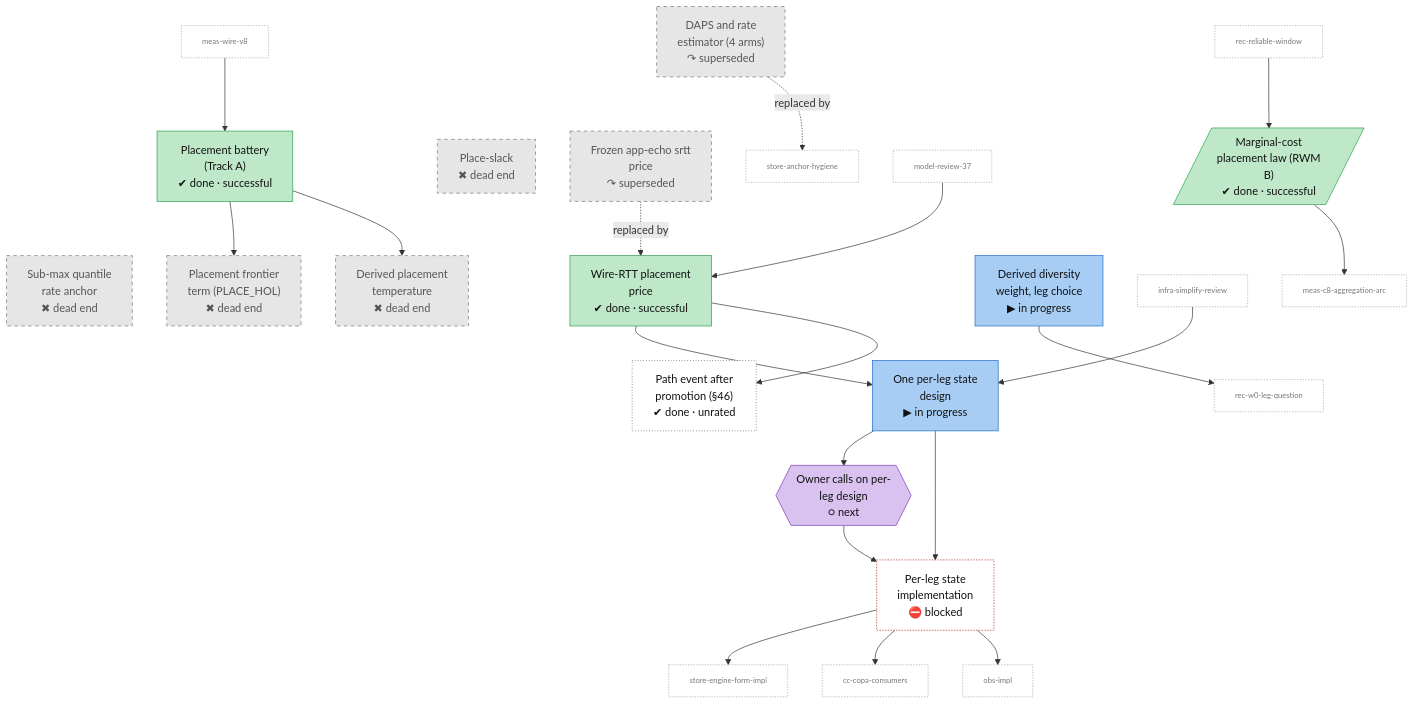
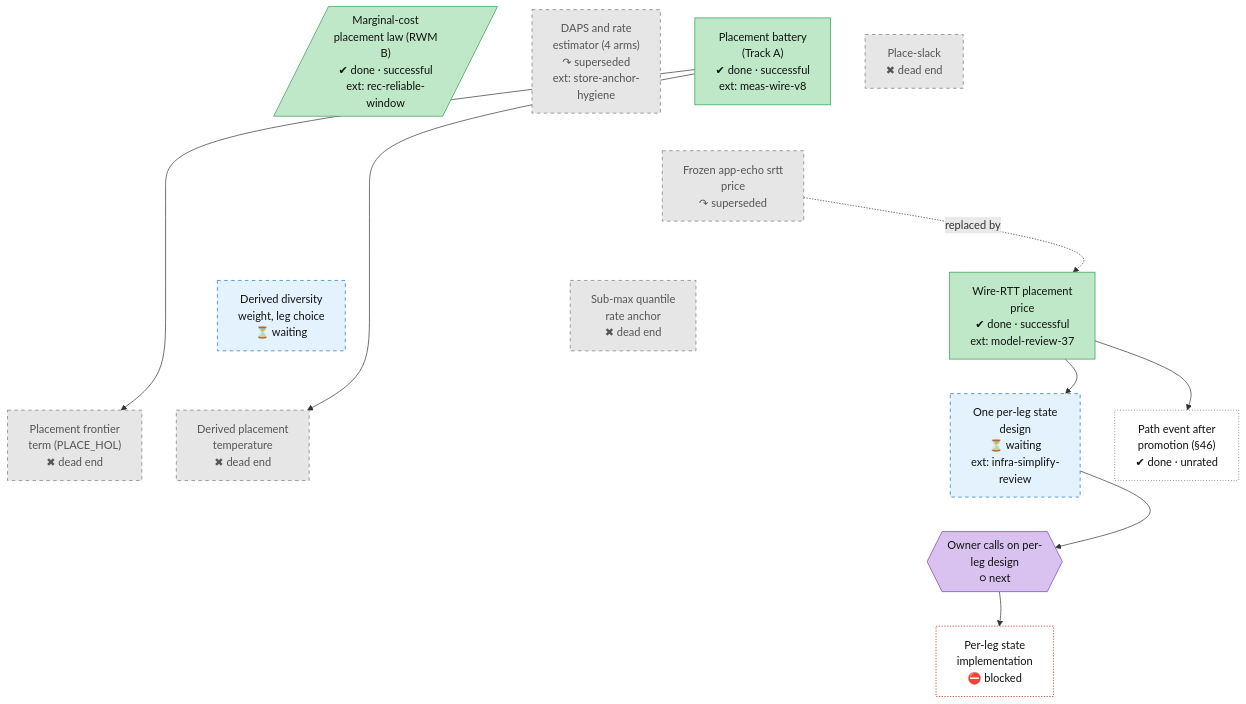
One commit to lhns/raptorpath changed the eighth of 14 diagrams in docs/roadmap.md. Above: the diagram before and after it, drawn with Mermaid. The commit also changed other lines of this file and 1 other file, not shown here.

Commit message:
roadmap: 228 nodes - law-ledger fix order folded in, waiting vs running, owner-request coverage, dates from merges; regenerated on the portrait layout

````diff
--- a/docs/roadmap.md
+++ b/docs/roadmap.md
@@ -1013,69 +1255,80 @@
 ```mermaid
 flowchart TB
-    place_marginal_cost[/"Marginal-cost<br/>placement law (RWM<br/>B)<br/>✔ done · successful"/]
-    place_daps["DAPS and rate<br/>estimator (4 arms)<br/>↷ superseded"]
+    place_marginal_cost[/"Marginal-cost<br/>placement law (RWM<br/>B)<br/>✔ done · successful<br/>ext: rec-reliable-<br/>window"/]
+    place_daps["DAPS and rate<br/>estimator (4 arms)<br/>↷ superseded<br/>ext: store-anchor-<br/>hygiene"]
     place_slack["Place-slack<br/>✖ dead end"]
-    place_stage2_battery["Placement battery<br/>(Track A)<br/>✔ done · successful"]
+    place_stage2_battery["Placement battery<br/>(Track A)<br/>✔ done · successful<br/>ext: meas-wire-v8"]
     place_hol["Placement frontier<br/>term (PLACE_HOL)<br/>✖ dead end"]
     place_t_derived["Derived placement<br/>temperature<br/>✖ dead end"]
-    place_wdiv["Derived diversity<br/>weight, leg choice<br/>▶ in progress"]
+    place_wdiv["Derived diversity<br/>weight, leg choice<br/>⏳ waiting"]
     place_frozen_echo["Frozen app-echo srtt<br/>price<br/>↷ superseded"]
-    place_wire_price["Wire-RTT placement<br/>price<br/>✔ done · successful"]
-    place_per_leg_state["One per-leg state<br/>design<br/>▶ in progress"]
+    place_wire_price["Wire-RTT placement<br/>price<br/>✔ done · successful<br/>ext: model-review-37"]
+    place_per_leg_state["One per-leg state<br/>design<br/>⏳ waiting<br/>ext: infra-simplify-<br/>review"]
     place_submax_anchor["Sub-max quantile<br/>rate anchor<br/>✖ dead end"]
     place_path_event["Path event after<br/>promotion (#167;46)<br/>✔ done · unrated"]
     place_user_perleg_questions{{"Owner calls on per-<br/>leg design<br/>○ next"}}
     place_per_leg_impl["Per-leg state<br/>implementation<br/>⛔ blocked"]
     place_marginal_cost ~~~ place_wdiv
+    place_marginal_cost ~~~ place_frozen_echo
+    place_marginal_cost ~~~ place_wire_price
+    place_marginal_cost ~~~ place_submax_anchor
+    place_daps ~~~ place_wdiv
     place_daps ~~~ place_frozen_echo
+    place_daps ~~~ place_wire_price
+    place_daps ~~~ place_submax_anchor
+    place_slack ~~~ place_wdiv
+    place_slack ~~~ place_frozen_echo
     place_slack ~~~ place_wire_price
+    place_slack ~~~ place_submax_anchor
+    place_stage2_battery ~~~ place_wdiv
+    place_stage2_battery ~~~ place_frozen_echo
+    place_stage2_battery ~~~ place_wire_price
     place_stage2_battery ~~~ place_submax_anchor
-    x_cc_copa_consumers["cc-copa-consumers"]
-    x_infra_simplify_review["infra-simplify-review"]
-    x_meas_c8_aggregation_arc["meas-c8-aggregation-arc"]
-    x_meas_wire_v8["meas-wire-v8"]
-    x_model_review_37["model-review-37"]
-    x_obs_impl["obs-impl"]
-    x_rec_reliable_window["rec-reliable-window"]
-    x_rec_w0_leg_question["rec-w0-leg-question"]
-    x_store_anchor_hygiene["store-anchor-hygiene"]
-    x_store_engine_form_impl["store-engine-form-impl"]
-    x_rec_reliable_window --> place_marginal_cost
-    place_daps -.->|replaced by| x_store_anchor_hygiene
-    x_meas_wire_v8 --> place_stage2_battery
+    place_wdiv ~~~ place_hol
+    place_wdiv ~~~ place_t_derived
+    place_wdiv ~~~ place_per_leg_state
+    place_wdiv ~~~ place_path_event
+    place_frozen_echo ~~~ place_hol
+    place_frozen_echo ~~~ place_t_derived
+    place_frozen_echo ~~~ place_per_leg_state
+    place_frozen_echo ~~~ place_path_event
+    place_wire_price ~~~ place_hol
+    place_wire_price ~~~ place_t_derived
+    place_wire_price ~~~ place_per_leg_state
+    place_wire_price ~~~ place_path_event
+    place_submax_anchor ~~~ place_hol
+    place_submax_anchor ~~~ place_t_derived
+    place_submax_anchor ~~~ place_per_leg_state
+    place_submax_anchor ~~~ place_path_event
+    place_hol ~~~ place_user_perleg_questions
+    place_t_derived ~~~ place_user_perleg_questions
+    place_per_leg_state ~~~ place_user_perleg_questions
+    place_path_event ~~~ place_user_perleg_questions
+    place_user_perleg_questions ~~~ place_per_leg_impl
     place_stage2_battery --> place_hol
     place_stage2_battery --> place_t_derived
     place_frozen_echo -.->|replaced by| place_wire_price
-    x_model_review_37 --> place_wire_price
-    x_infra_simplify_review --> place_per_leg_state
     place_wire_price --> place_per_leg_state
-    place_marginal_cost --> x_meas_c8_aggregation_arc
     place_wire_price --> place_path_event
-    place_wdiv --> x_rec_w0_leg_question
     place_per_leg_state --> place_user_perleg_questions
-    place_per_leg_state --> place_per_leg_impl
     place_user_perleg_questions --> place_per_leg_impl
-    place_per_leg_impl --> x_store_engine_form_impl
-    place_per_leg_impl --> x_cc_copa_consumers
-    place_per_leg_impl --> x_obs_impl
     classDef vsucc fill:#2e9e4f,stroke:#1b6b34,color:#fff
     classDef succ fill:#bfe8c8,stroke:#2e9e4f,color:#111
     classDef mixed fill:#ffd37a,stroke:#c98a00,color:#111
     classDef bad fill:#f28b82,stroke:#b3261e,color:#111
     classDef dead fill:#e6e6e6,stroke:#777,stroke-dasharray:5 5,color:#555
     classDef inprog fill:#a8cdf5,stroke:#1f6fc5,color:#111
     classDef next fill:#fff,stroke:#333,color:#111
     classDef blocked fill:#fff,stroke:#b3261e,stroke-dasharray:2 2,color:#111
     classDef parked fill:#f3f3f3,stroke:#999,color:#555
     classDef unrated fill:#fff,stroke:#333,stroke-dasharray:1 3,color:#111
     classDef userdec fill:#d9c2f0,stroke:#7b3fb5,color:#111
     classDef defect fill:#ffe0b2,stroke:#d84315,stroke-width:2px,color:#111
-    classDef stub fill:#fff,stroke:#aaa,stroke-dasharray:2 2,color:#777,font-size:11px
+    classDef waiting fill:#e3f2fd,stroke:#1f6fc5,stroke-dasharray:5 5,color:#111
     class place_marginal_cost,place_stage2_battery,place_wire_price succ
     class place_daps,place_slack,place_hol,place_t_derived,place_frozen_echo,place_submax_anchor dead
-    class place_wdiv,place_per_leg_state inprog
+    class place_wdiv,place_per_leg_state waiting
     class place_path_event unrated
     class place_user_perleg_questions userdec
     class place_per_leg_impl blocked
-    class x_cc_copa_consumers,x_infra_simplify_review,x_meas_c8_aggregation_arc,x_meas_wire_v8,x_model_review_37,x_obs_impl,x_rec_reliable_window,x_rec_w0_leg_question,x_store_anchor_hygiene,x_store_engine_form_impl stub
 ```
````
